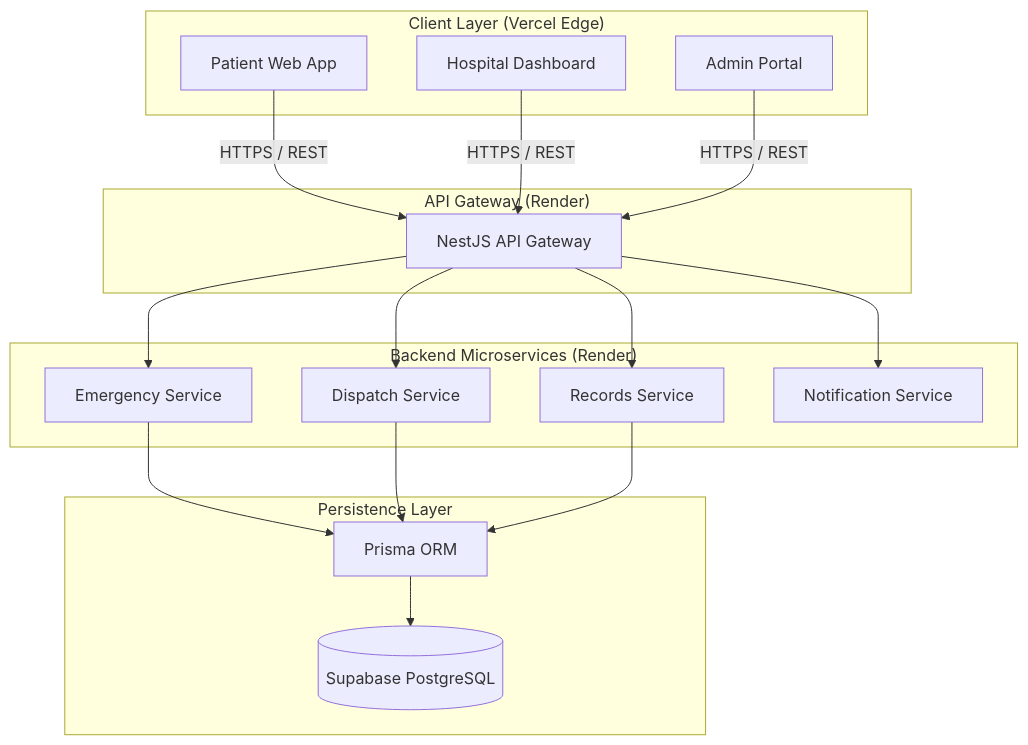
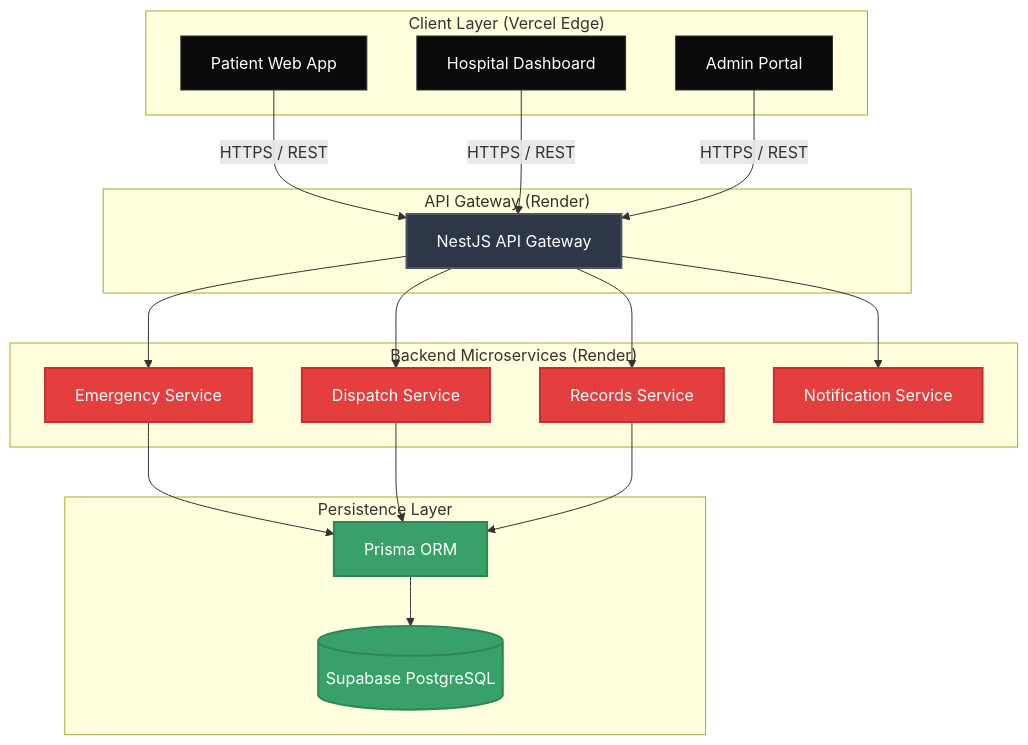
The first of 4 diagrams in README.md (simply-mihir/ResQ), drawn with Mermaid before and after one commit. The commit also changed other lines of this file, not shown here.

Commit message:
docs: add styling, colors, and modern layout to README

````diff
--- a/README.md
+++ b/README.md
@@ -18,38 +29,44 @@
 ```mermaid
 graph TB
+    %% Styling Classes
+    classDef client fill:#0a0a0a,stroke:#333,stroke-width:1px,color:#ffffff
+    classDef gateway fill:#2d3748,stroke:#4a5568,stroke-width:2px,color:#ffffff
+    classDef service fill:#e53e3e,stroke:#c53030,stroke-width:2px,color:#ffffff
+    classDef db fill:#38a169,stroke:#2f855a,stroke-width:2px,color:#ffffff
+    
     subgraph ClientLayer["Client Layer (Vercel Edge)"]
-        WebApp["Patient Web App"]
-        HospitalDash["Hospital Dashboard"]
-        AdminPanel["Admin Portal"]
+        WebApp["Patient Web App"]:::client
+        HospitalDash["Hospital Dashboard"]:::client
+        AdminPanel["Admin Portal"]:::client
     end
 
     subgraph APIGateway["API Gateway (Render)"]
-        Gateway["NestJS API Gateway"]
+        Gateway["NestJS API Gateway"]:::gateway
     end
 
     subgraph CoreServices["Backend Microservices (Render)"]
-        EmergencySvc["Emergency Service"]
-        DispatchSvc["Dispatch Service"]
-        RecordsSvc["Records Service"]
-        NotificationSvc["Notification Service"]
+        EmergencySvc["Emergency Service"]:::service
+        DispatchSvc["Dispatch Service"]:::service
+        RecordsSvc["Records Service"]:::service
+        NotificationSvc["Notification Service"]:::service
     end
 
     subgraph DataLayer["Persistence Layer"]
-        Prisma["Prisma ORM"]
-        Postgres[(Supabase PostgreSQL)]
+        Prisma["Prisma ORM"]:::db
+        Postgres[(Supabase PostgreSQL)]:::db
     end
 
     WebApp -->|HTTPS / REST| Gateway
     HospitalDash -->|HTTPS / REST| Gateway
     AdminPanel -->|HTTPS / REST| Gateway
 
     Gateway --> EmergencySvc
     Gateway --> DispatchSvc
     Gateway --> RecordsSvc
     Gateway --> NotificationSvc
 
     EmergencySvc --> Prisma
     DispatchSvc --> Prisma
     RecordsSvc --> Prisma
     Prisma --> Postgres
 ```
````
